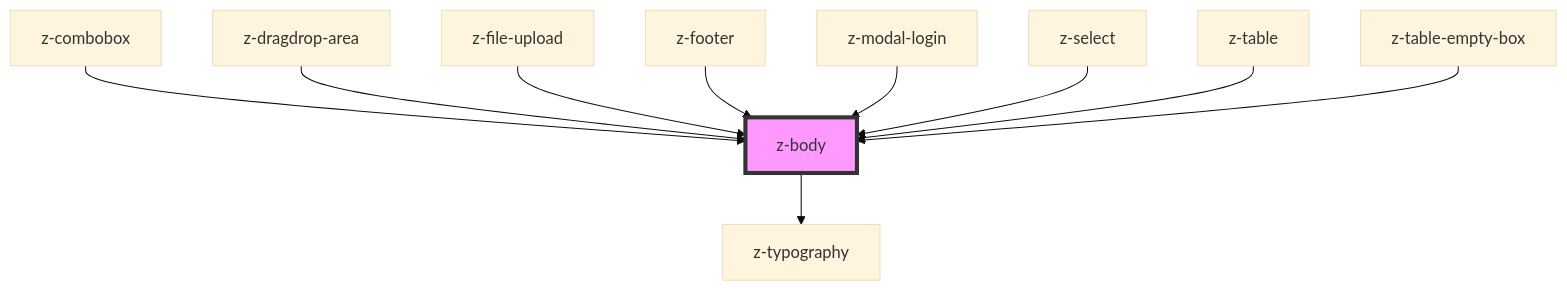
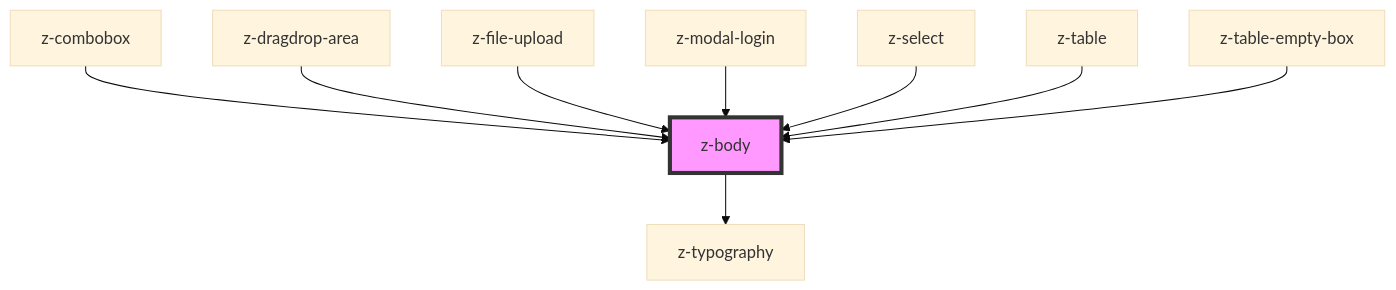
One commit to ZanichelliEditore/design-system changed the diagram in src/components/typography/z-body/readme.md. Above: the diagram before and after it, drawn with Mermaid (base theme). The commit also changed other lines of this file and 17 other files, not shown here.

````diff
--- a/src/components/typography/z-body/readme.md
+++ b/src/components/typography/z-body/readme.md
@@ -33,13 +32,12 @@
 ```mermaid
 graph TD;
   z-body --> z-typography
   z-combobox --> z-body
   z-dragdrop-area --> z-body
   z-file-upload --> z-body
-  z-footer --> z-body
   z-modal-login --> z-body
   z-select --> z-body
   z-table --> z-body
   z-table-empty-box --> z-body
   style z-body fill:#f9f,stroke:#333,stroke-width:4px
 ```
````
